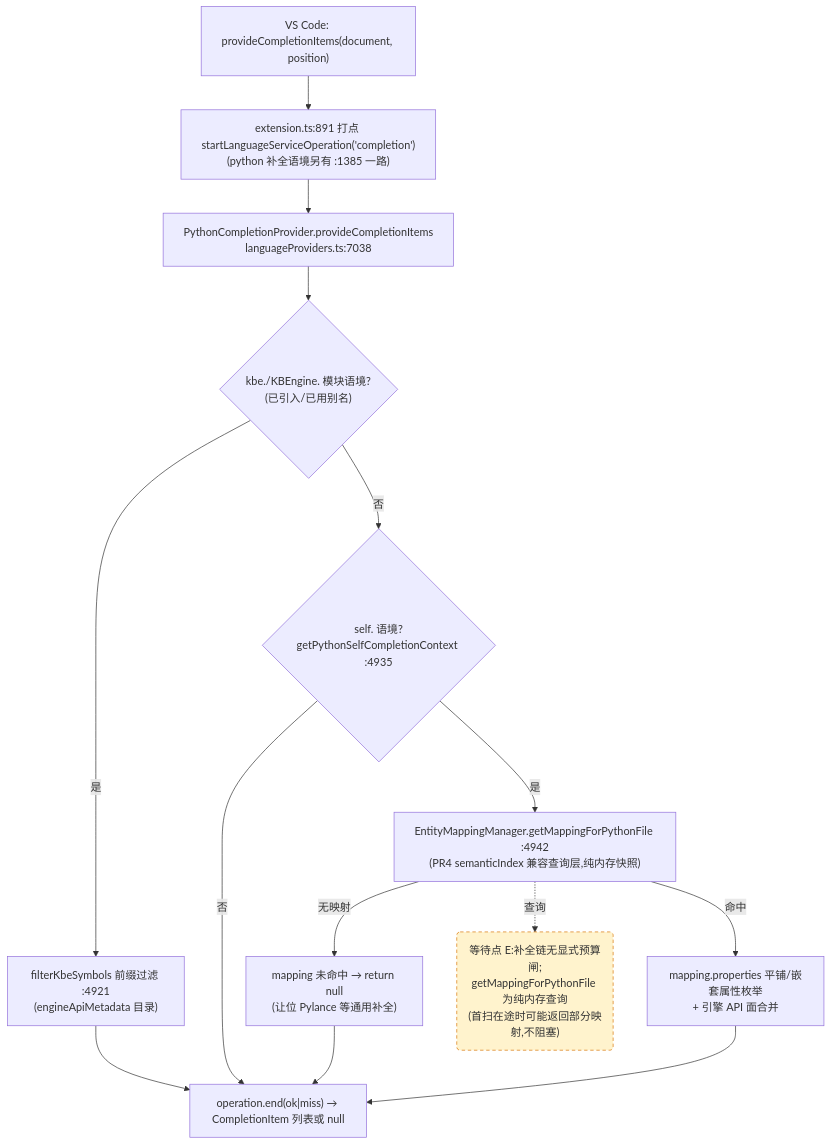
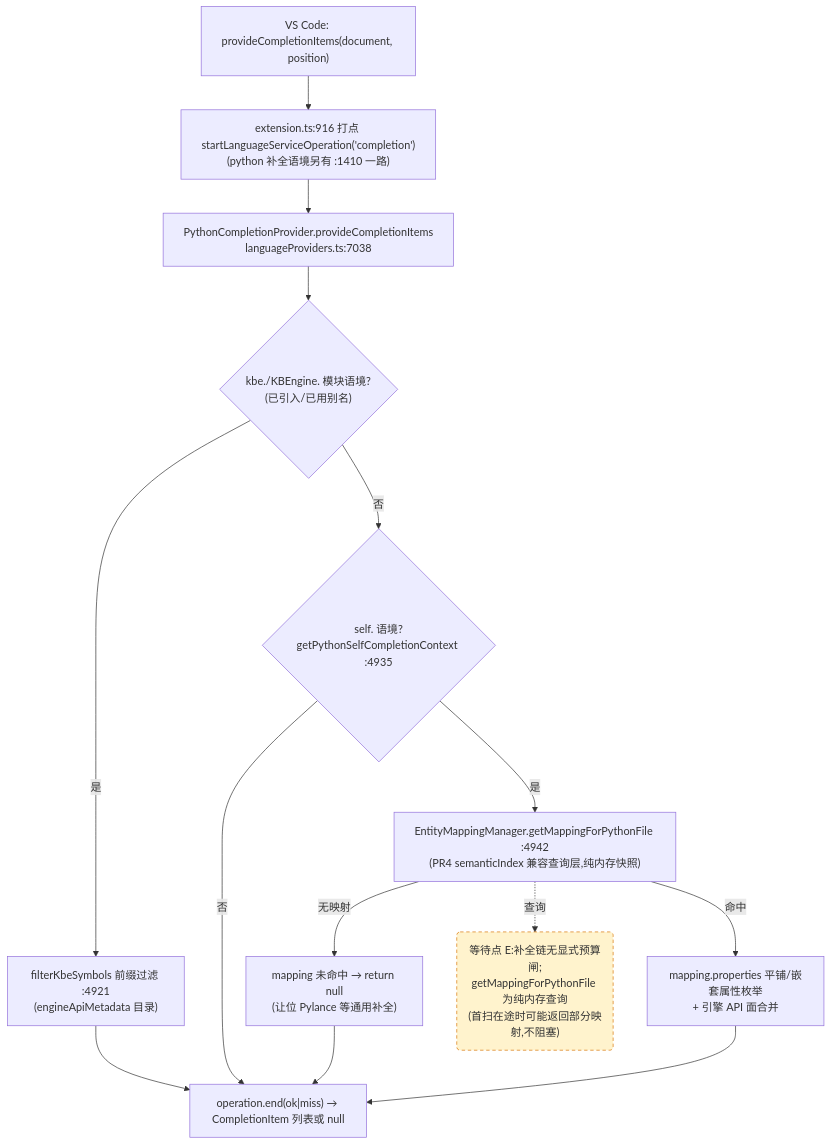
One commit to cuihairu/kode changed the third of 4 diagrams in docs/perf/2026-baseline.md. Above: the diagram before and after it, drawn with Mermaid. The commit also changed other lines of this file and 12 other files, not shown here.

````diff
--- a/docs/perf/2026-baseline.md
+++ b/docs/perf/2026-baseline.md
@@ -184,27 +184,27 @@
 ```mermaid
 flowchart TD
   VC3["VS Code: provideCompletionItems(document, position)"]
-  M3["extension.ts:891 打点 startLanguageServiceOperation('completion')<br/>(python 补全语境另有 :1385 一路)"]
+  M3["extension.ts:916 打点 startLanguageServiceOperation('completion')<br/>(python 补全语境另有 :1410 一路)"]
   CP["PythonCompletionProvider.provideCompletionItems<br/>languageProviders.ts:7038"]
   KBEC{"kbe./KBEngine. 模块语境?<br/>(已引入/已用别名)"}
   FILTER["filterKbeSymbols 前缀过滤 :4921<br/>(engineApiMetadata 目录)"]
   SELFC{"self. 语境?<br/>getPythonSelfCompletionContext :4935"}
   MAP["EntityMappingManager.getMappingForPythonFile :4942<br/>(PR4 semanticIndex 兼容查询层,纯内存快照)"]
   NOMAP["mapping 未命中 → return null<br/>(让位 Pylance 等通用补全)"]
   PROPS["mapping.properties 平铺/嵌套属性枚举<br/>+ 引擎 API 面合并"]
   END3["operation.end(ok|miss) → CompletionItem 列表或 null"]
 
   VC3 --> M3 --> CP --> KBEC
   KBEC -- "是" --> FILTER --> END3
   KBEC -- "否" --> SELFC
   SELFC -- "否" --> END3
   SELFC -- "是" --> MAP
   MAP -- "无映射" --> NOMAP --> END3
   MAP -- "命中" --> PROPS --> END3
 
   WAITE("等待点 E:补全链无显式预算闸;<br/>getMappingForPythonFile 为纯内存查询<br/>(首扫在途时可能返回部分映射,不阻塞)")
   MAP -.->|查询| WAITE
 
   classDef waitPoint fill:#fff3cd,stroke:#d97706,stroke-dasharray:5 4;
   class WAITE waitPoint;
 ```
````
